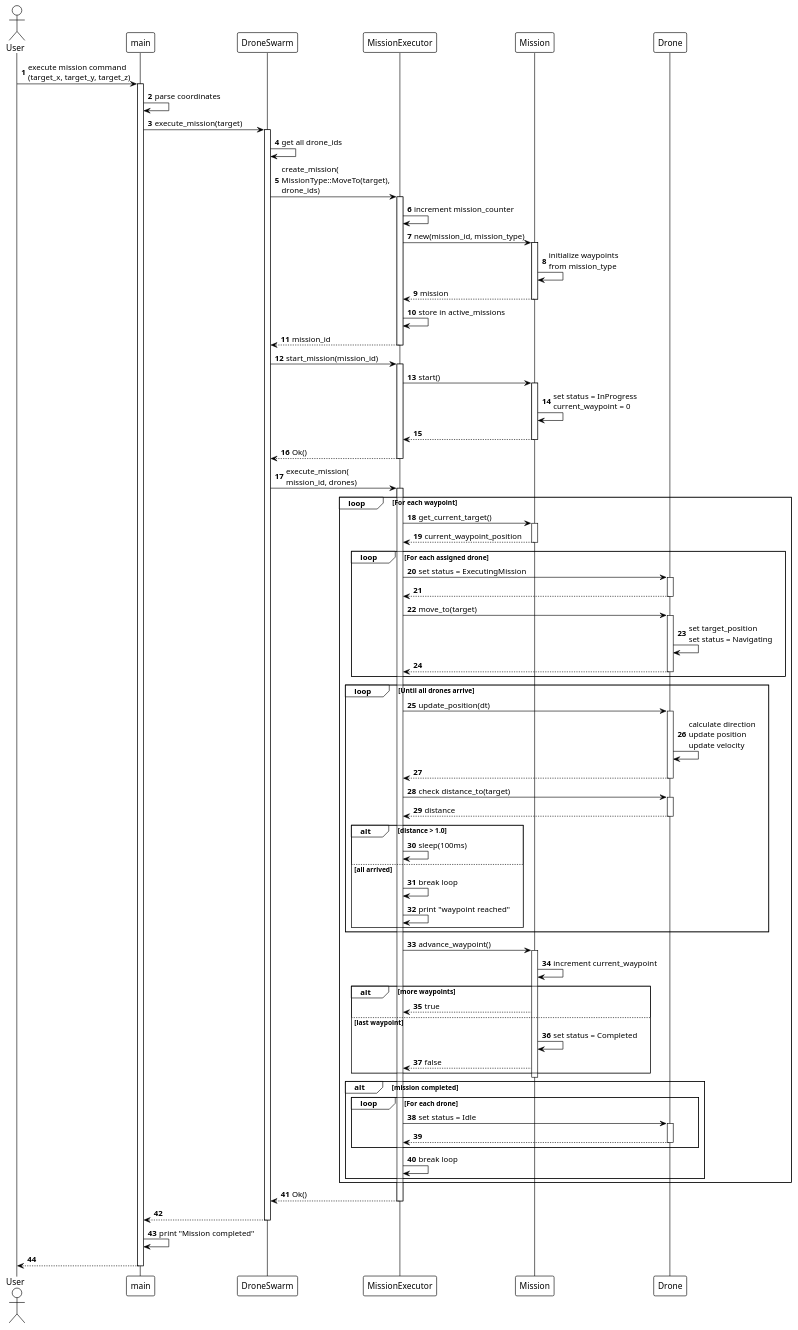
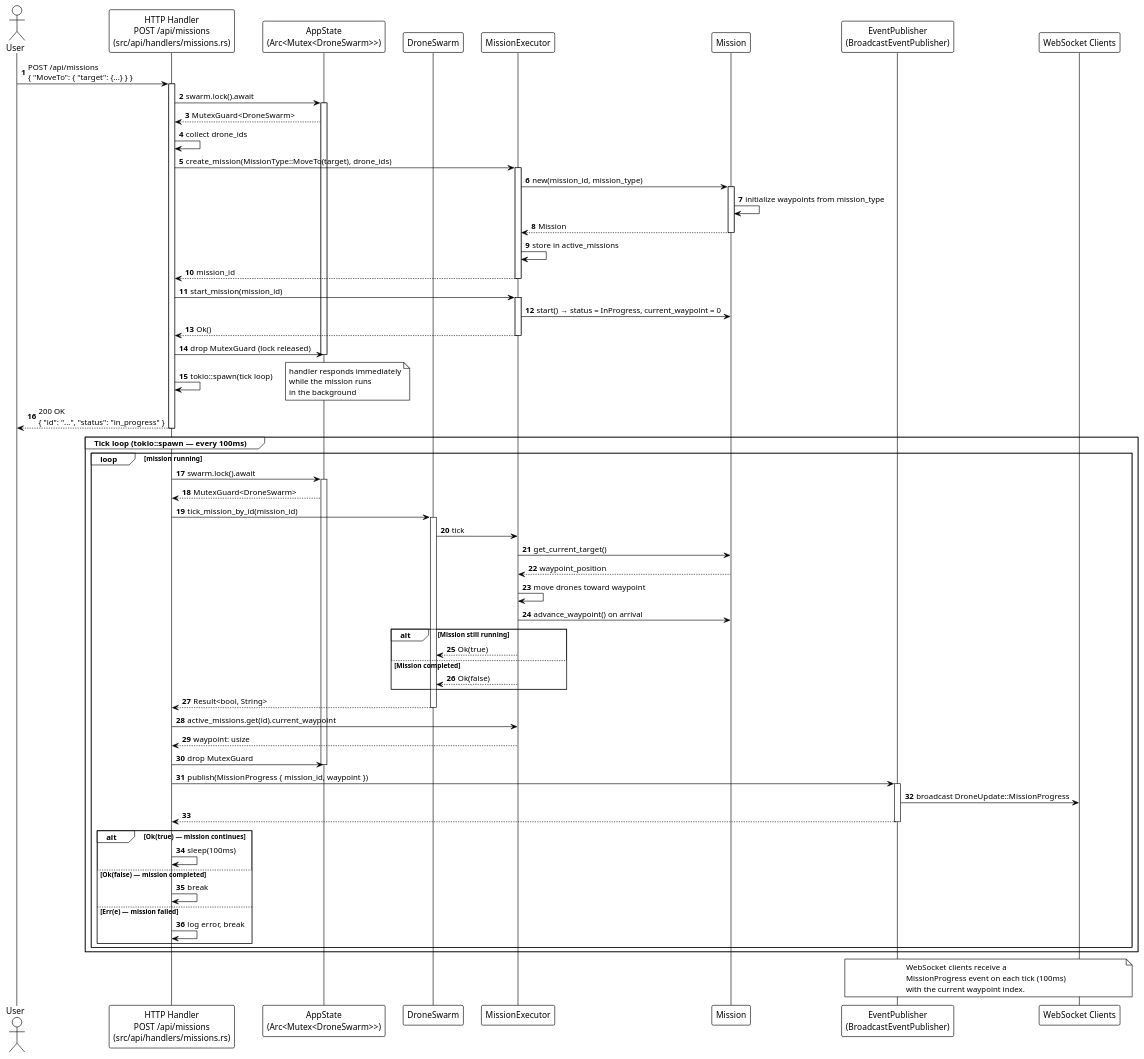
One commit to xwarzee/uav_in_rust changed the diagram in doc/software/sequence_mission_execution.puml. Above: the diagram before and after it, drawn with PlantUML. The commit also changed 15 other files, not shown here.

Commit message:
update soft architecture with images with ports/adapters

```diff
--- a/doc/software/sequence_mission_execution.puml
+++ b/doc/software/sequence_mission_execution.puml
@@ -1,119 +1,99 @@
 @startuml Mission Execution Sequence
 !theme plain
 autonumber
 
 actor User
-participant "main" as Main
+participant "HTTP Handler\nPOST /api/missions\n(src/api/handlers/missions.rs)" as Handler
+participant "AppState\n(Arc<Mutex<DroneSwarm>>)" as State
 participant "DroneSwarm" as Swarm
-participant "MissionExecutor" as MissionExec
+participant "MissionExecutor" as ME
 participant "Mission" as Mission
-participant "Drone" as Drone
+participant "EventPublisher\n(BroadcastEventPublisher)" as EP
+participant "WebSocket Clients" as WS
 
-User -> Main: execute mission command\n(target_x, target_y, target_z)
-activate Main
+User -> Handler: POST /api/missions\n{ "MoveTo": { "target": {...} } }
+activate Handler
 
-Main -> Main: parse coordinates
-Main -> Swarm: execute_mission(target)
-activate Swarm
+Handler -> State: swarm.lock().await
+activate State
+State --> Handler: MutexGuard<DroneSwarm>
 
-Swarm -> Swarm: get all drone_ids
+Handler -> Handler: collect drone_ids
 
-Swarm -> MissionExec: create_mission(\nMissionType::MoveTo(target),\ndrone_ids)
-activate MissionExec
+Handler -> ME: create_mission(MissionType::MoveTo(target), drone_ids)
+activate ME
+ME -> Mission: new(mission_id, mission_type)
+activate Mission
+Mission -> Mission: initialize waypoints from mission_type
+Mission --> ME: Mission
+deactivate Mission
+ME -> ME: store in active_missions
+ME --> Handler: mission_id
+deactivate ME
 
-MissionExec -> MissionExec: increment mission_counter
-MissionExec -> Mission: new(mission_id, mission_type)
-activate Mission
-Mission -> Mission: initialize waypoints\nfrom mission_type
-Mission --> MissionExec: mission
-deactivate Mission
+Handler -> ME: start_mission(mission_id)
+activate ME
+ME -> Mission: start() → status = InProgress, current_waypoint = 0
+ME --> Handler: Ok()
+deactivate ME
 
-MissionExec -> MissionExec: store in active_missions
-MissionExec --> Swarm: mission_id
-deactivate MissionExec
+Handler -> State: drop MutexGuard (lock released)
+deactivate State
 
-Swarm -> MissionExec: start_mission(mission_id)
-activate MissionExec
-MissionExec -> Mission: start()
-activate Mission
-Mission -> Mission: set status = InProgress\ncurrent_waypoint = 0
-Mission --> MissionExec:
-deactivate Mission
-MissionExec --> Swarm: Ok()
-deactivate MissionExec
+Handler -> Handler: tokio::spawn(tick loop)
+note right: handler responds immediately\nwhile the mission runs\nin the background
 
-Swarm -> MissionExec: execute_mission(\nmission_id, drones)
-activate MissionExec
+Handler --> User: 200 OK\n{ "id": "...", "status": "in_progress" }
+deactivate Handler
 
-loop For each waypoint
-  MissionExec -> Mission: get_current_target()
-  activate Mission
-  Mission --> MissionExec: current_waypoint_position
-  deactivate Mission
+group Tick loop (tokio::spawn — every 100ms)
+  loop mission running
+    Handler -> State: swarm.lock().await
+    activate State
+    State --> Handler: MutexGuard<DroneSwarm>
 
-  loop For each assigned drone
-    MissionExec -> Drone: set status = ExecutingMission
-    activate Drone
-    Drone --> MissionExec:
-    deactivate Drone
+    Handler -> Swarm: tick_mission_by_id(mission_id)
+    activate Swarm
+    Swarm -> ME: tick
+    ME -> Mission: get_current_target()
+    Mission --> ME: waypoint_position
+    ME -> ME: move drones toward waypoint
+    ME -> Mission: advance_waypoint() on arrival
 
-    MissionExec -> Drone: move_to(target)
-    activate Drone
-    Drone -> Drone: set target_position\nset status = Navigating
-    Drone --> MissionExec:
-    deactivate Drone
-  end
+    alt Mission still running
+      ME --> Swarm: Ok(true)
+    else Mission completed
+      ME --> Swarm: Ok(false)
+    end
+    Swarm --> Handler: Result<bool, String>
+    deactivate Swarm
 
-  loop Until all drones arrive
-    MissionExec -> Drone: update_position(dt)
-    activate Drone
-    Drone -> Drone: calculate direction\nupdate position\nupdate velocity
-    Drone --> MissionExec:
-    deactivate Drone
+    Handler -> ME: active_missions.get(id).current_waypoint
+    ME --> Handler: waypoint: usize
 
-    MissionExec -> Drone: check distance_to(target)
-    activate Drone
-    Drone --> MissionExec: distance
-    deactivate Drone
+    Handler -> State: drop MutexGuard
+    deactivate State
 
-    alt distance > 1.0
-      MissionExec -> MissionExec: sleep(100ms)
-    else all arrived
-      MissionExec -> MissionExec: break loop
-      MissionExec -> MissionExec: print "waypoint reached"
+    Handler -> EP: publish(MissionProgress { mission_id, waypoint })
+    activate EP
+    EP -> WS: broadcast DroneUpdate::MissionProgress
+    EP --> Handler:
+    deactivate EP
+
+    alt Ok(true) — mission continues
+      Handler -> Handler: sleep(100ms)
+    else Ok(false) — mission completed
+      Handler -> Handler: break
+    else Err(e) — mission failed
+      Handler -> Handler: log error, break
     end
-  end
-
-  MissionExec -> Mission: advance_waypoint()
-  activate Mission
-  Mission -> Mission: increment current_waypoint
-  alt more waypoints
-    Mission --> MissionExec: true
-  else last waypoint
-    Mission -> Mission: set status = Completed
-    Mission --> MissionExec: false
-  end
-  deactivate Mission
-
-  alt mission completed
-    loop For each drone
-      MissionExec -> Drone: set status = Idle
-      activate Drone
-      Drone --> MissionExec:
-      deactivate Drone
-    end
-    MissionExec -> MissionExec: break loop
   end
 end
 
-MissionExec --> Swarm: Ok()
-deactivate MissionExec
-
-Swarm --> Main:
-deactivate Swarm
-
-Main -> Main: print "Mission completed"
-Main --> User:
-deactivate Main
+note over EP, WS
+  WebSocket clients receive a
+  MissionProgress event on each tick (100ms)
+  with the current waypoint index.
+end note
 
 @enduml
```
